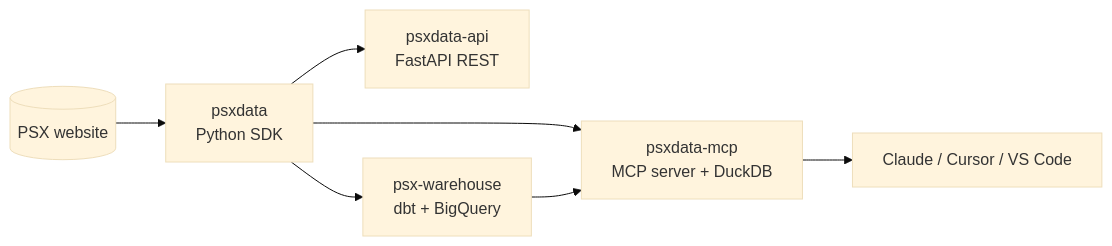
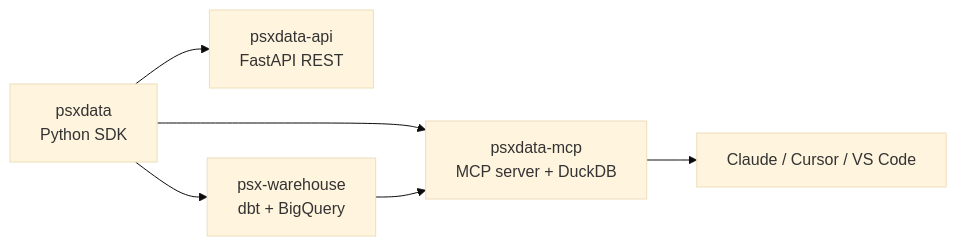
One commit to mtauha/mtauha changed the diagram in README.md. Above: the diagram before and after it, drawn with Mermaid (base theme). The commit also changed other lines of this file, not shown here.

Commit message:
Remove PSX website source from profile README

````diff
--- a/README.md
+++ b/README.md
@@ -24,9 +24,9 @@
 ```mermaid
 flowchart LR
-    PSX[(PSX website)] --> SDK[psxdata<br/>Python SDK]
+    SDK[psxdata<br/>Python SDK]
     SDK --> API[psxdata-api<br/>FastAPI REST]
     SDK --> WH[psx-warehouse<br/>dbt + BigQuery]
     SDK --> MCP[psxdata-mcp<br/>MCP server + DuckDB]
     WH --> MCP
     MCP --> AI[Claude / Cursor / VS Code]
 ```
````
